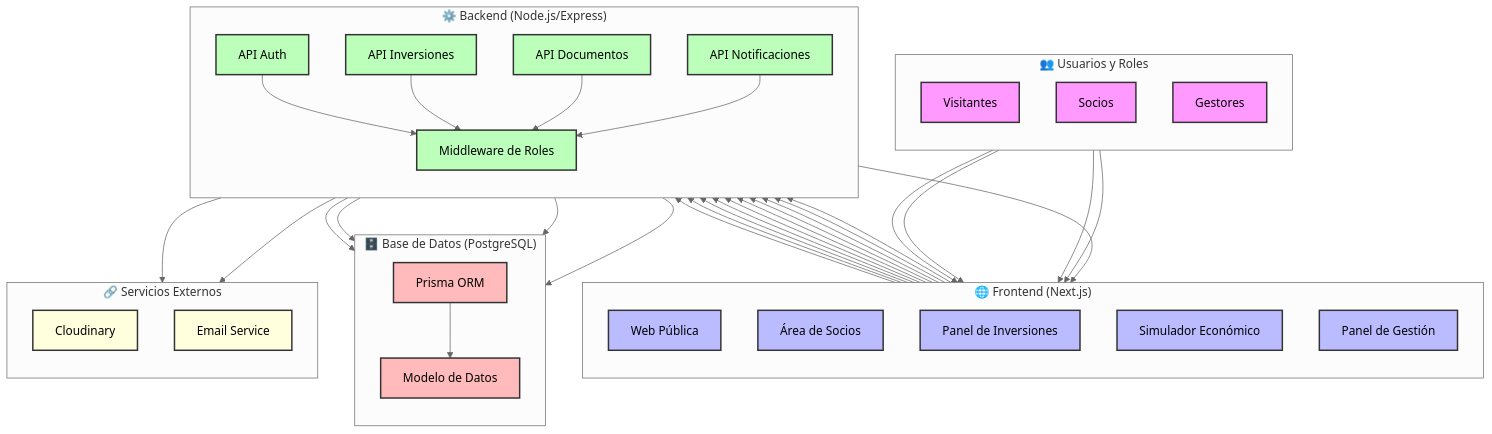
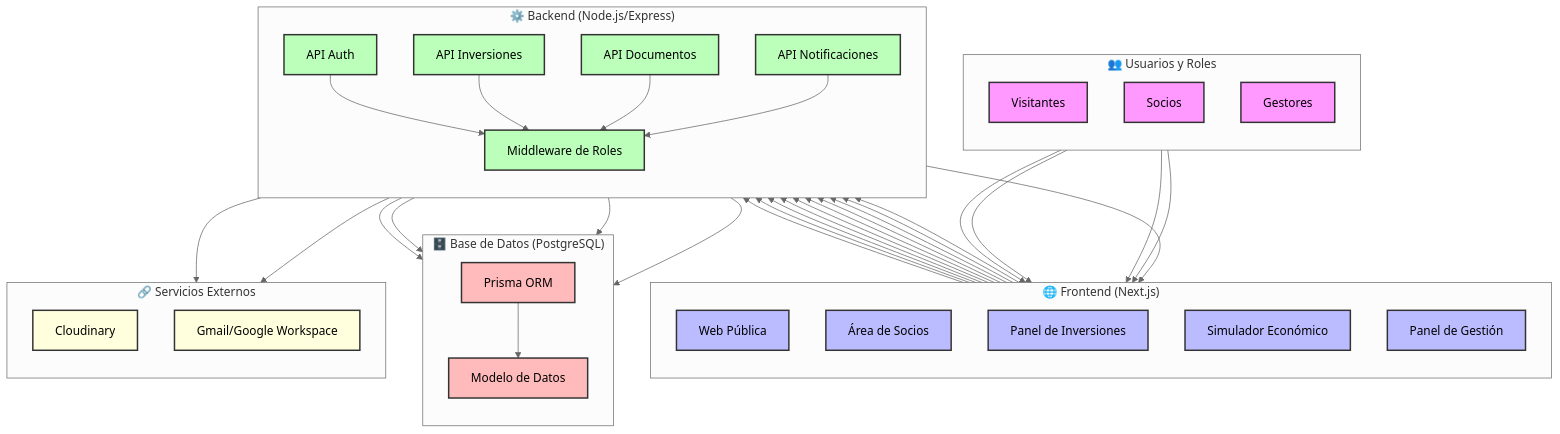
One commit to loretops/finalproject-LPS changed the diagram in docs/architecture/system-design.md. Above: the diagram before and after it, drawn with Mermaid (neutral theme). The commit also changed other lines of this file and 9 other files, not shown here.

```diff
--- a/docs/architecture/system-design.md
+++ b/docs/architecture/system-design.md
@@ -138,7 +139,7 @@
     subgraph External["🔗 Servicios Externos"]
         direction TB
         E1[Cloudinary]
-        E3[Email Service]
+        E3[Gmail/Google Workspace]
     end
 
     %% Conexiones
```
